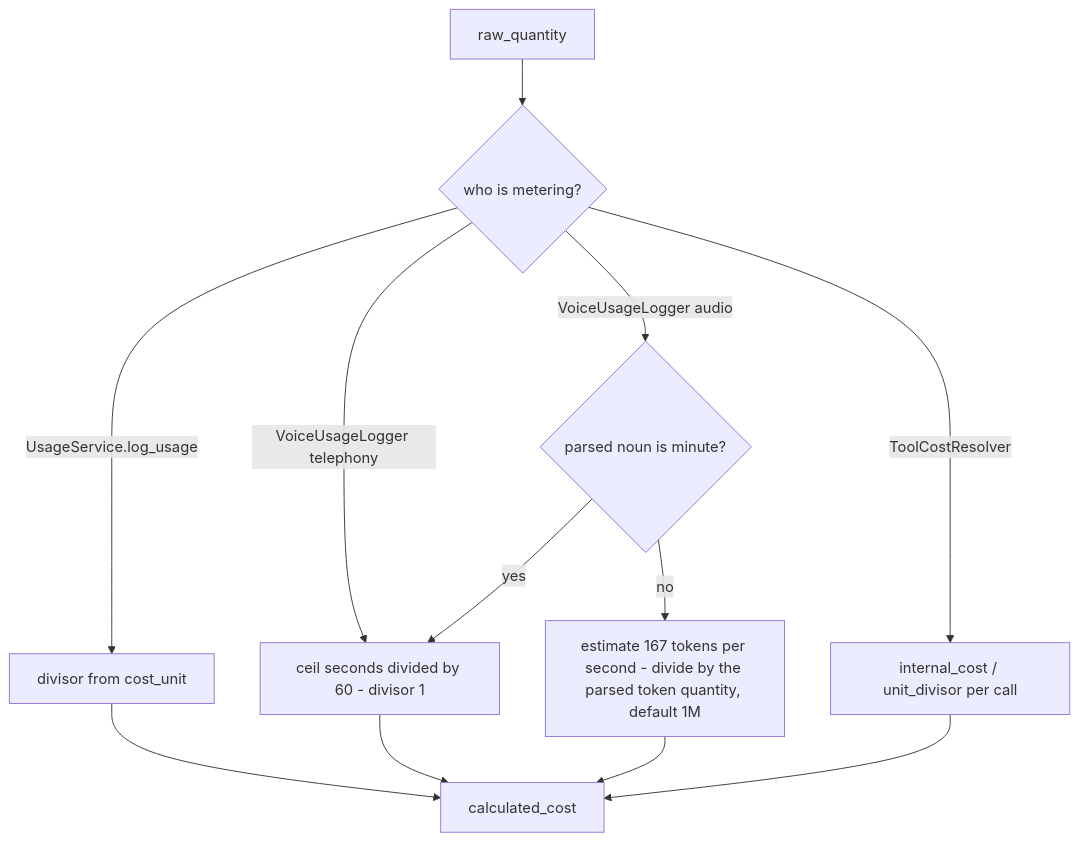
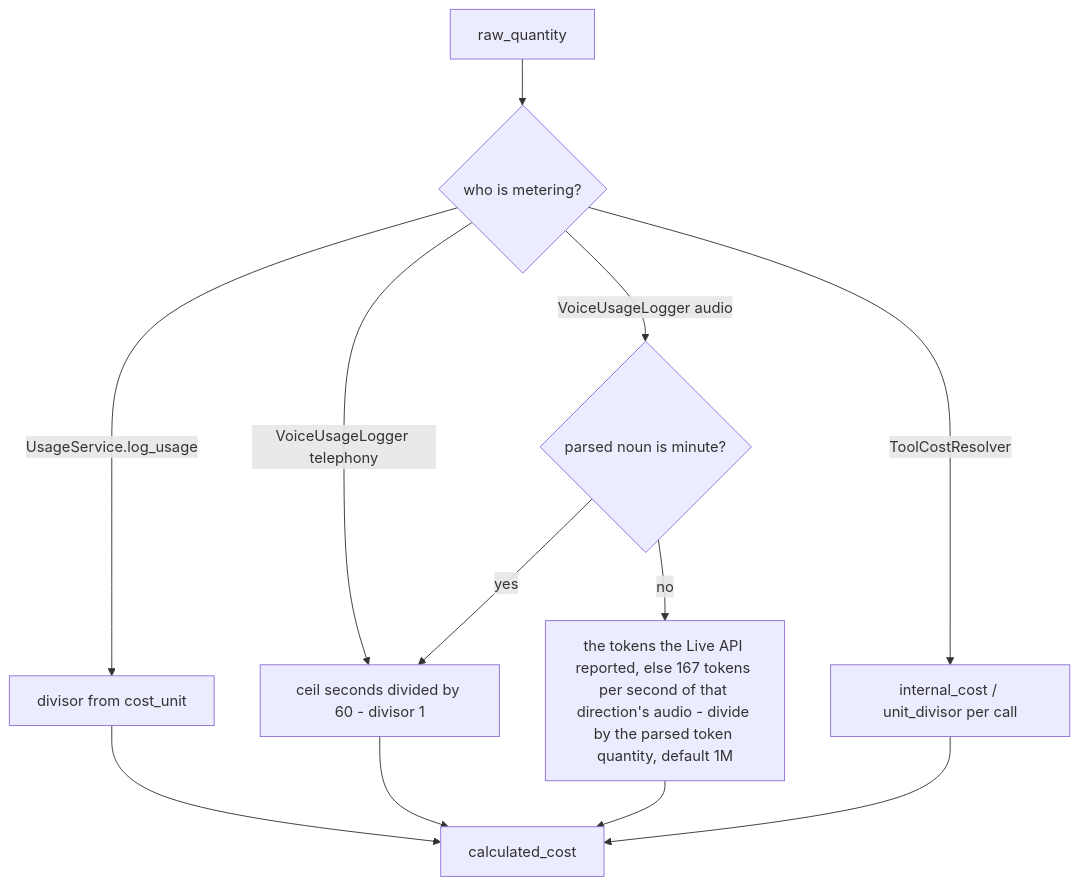
One commit to gondolerahul/hire-buddha-app changed the eighth of 25 diagrams in docs/current/14-billing-and-credits.md. Above: the diagram before and after it, drawn with Mermaid. The commit also changed other lines of this file and 7 other files, not shown here.

````diff
--- a/docs/current/14-billing-and-credits.md
+++ b/docs/current/14-billing-and-credits.md
@@ -438,14 +438,14 @@
 ```mermaid
 flowchart TD
     A["raw_quantity"] --> B{"who is metering?"}
     B -->|"UsageService.log_usage"| C["divisor from cost_unit"]
     B -->|"VoiceUsageLogger telephony"| D["ceil seconds divided by 60 - divisor 1"]
     B -->|"VoiceUsageLogger audio"| E{"parsed noun is minute?"}
     E -->|yes| D
-    E -->|no| F["estimate 167 tokens per second - divide by the parsed token quantity, default 1M"]
+    E -->|no| F["the tokens the Live API reported, else 167 tokens per second of that direction's audio - divide by the parsed token quantity, default 1M"]
     B -->|"ToolCostResolver"| G["internal_cost / unit_divisor per call"]
     C --> H["calculated_cost"]
     D --> H
     F --> H
     G --> H
 ```
````
